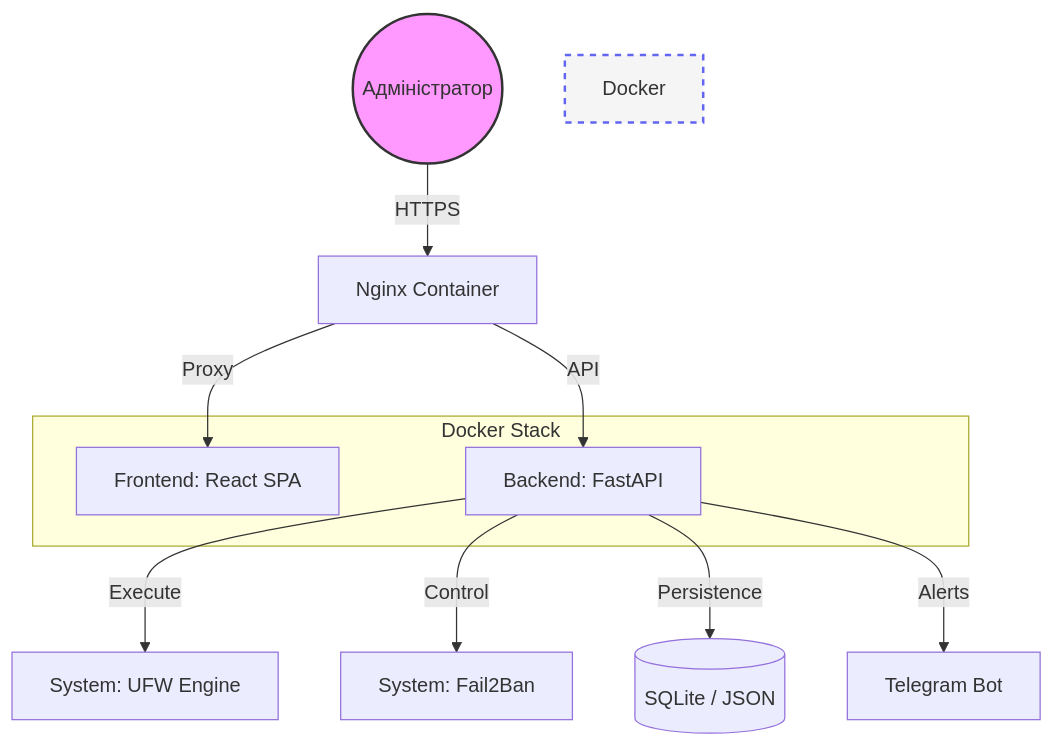
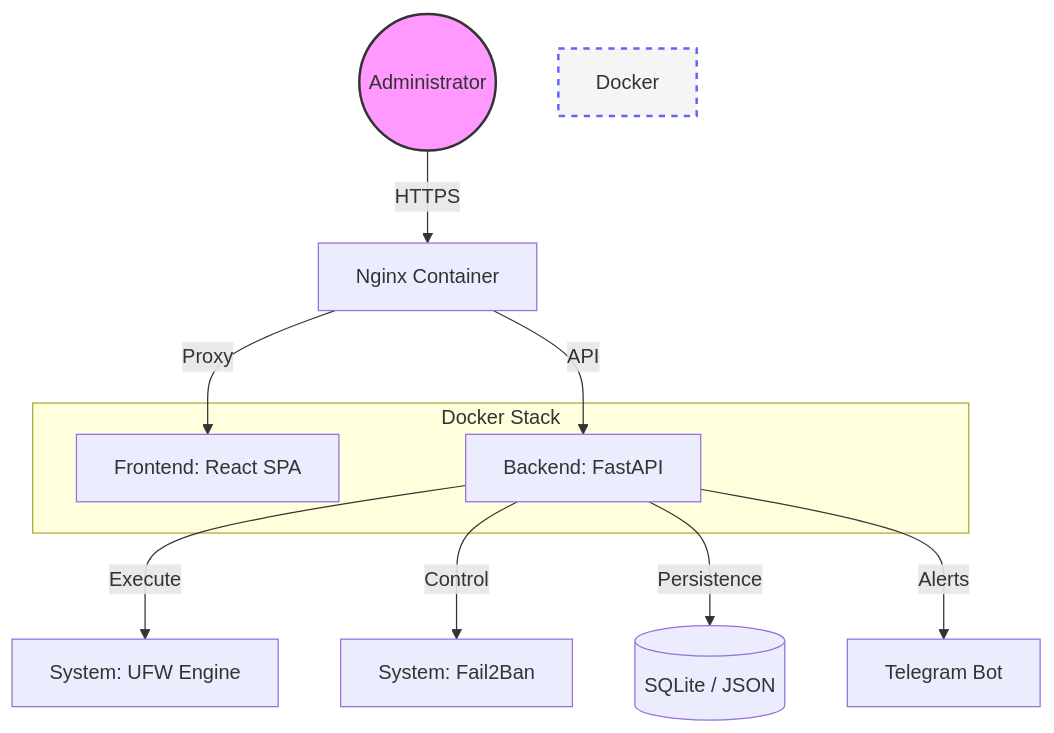
Before and after one commit to weby-homelab/ufw-gui: the diagram in README.md, drawn with Mermaid. The commit also changed other lines of this file and 2 other files, not shown here.

````diff
--- a/README.md
+++ b/README.md
@@ -52,19 +52,19 @@
 ```mermaid
 graph TD
-    User((Адміністратор)) -->|HTTPS| Nginx[Nginx Container]
+    User((Administrator)) -->|HTTPS| Nginx[Nginx Container]
     Nginx -->|Proxy| UI[Frontend: React SPA]
     Nginx -->|API| API[Backend: FastAPI]
     
     subgraph "Docker Stack"
         UI
         API
     end
     
     API -->|Execute| UFW[System: UFW Engine]
     API -->|Control| F2B[System: Fail2Ban]
     API -->|Persistence| DB[(SQLite / JSON)]
     API -->|Alerts| TG[Telegram Bot]
 
     style User fill:#f9f,stroke:#333,stroke-width:2px
     style Docker fill:#f5f5f5,stroke:#6366f1,stroke-width:2px,stroke-dasharray: 5 5
 ```
````
